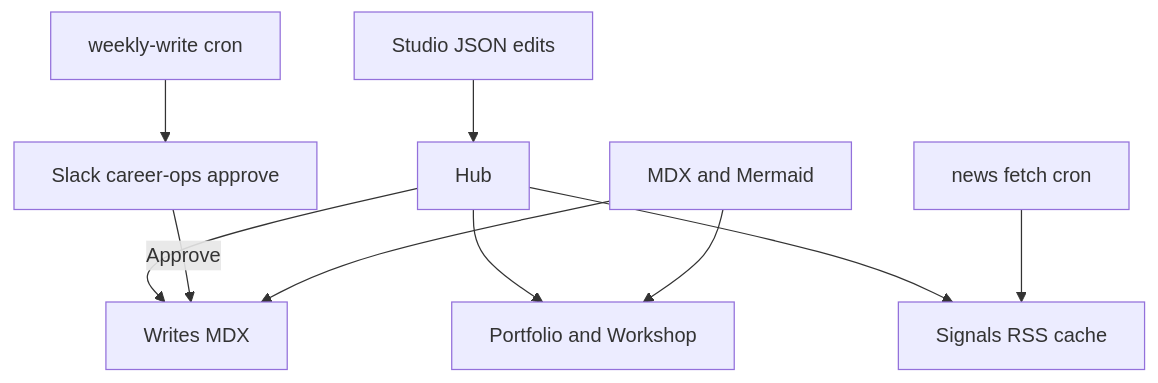
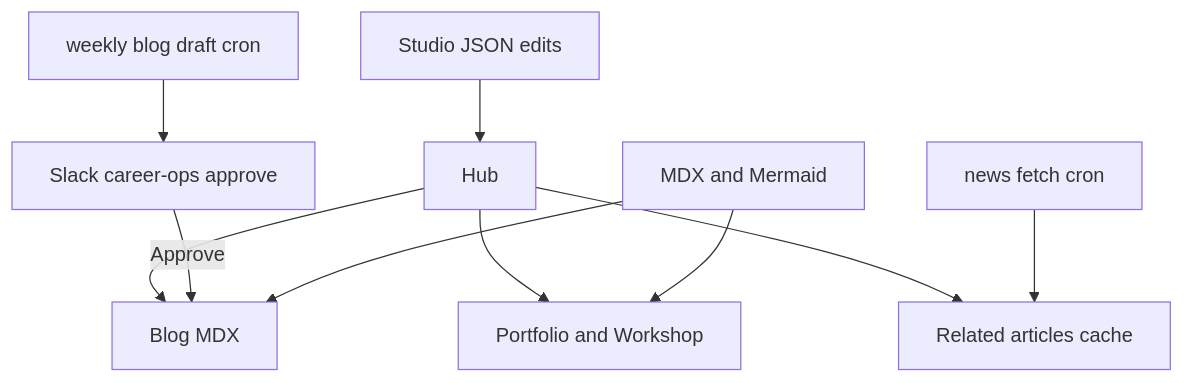
Before and after one commit to AlexTouvras/Orbit: the diagram in docs/architecture/system-overview.md, drawn with Mermaid. The commit also changed 34 other files, not shown here.

````diff
--- a/docs/architecture/system-overview.md
+++ b/docs/architecture/system-overview.md
@@ -3,12 +3,12 @@
 ```mermaid
 flowchart TB
-  Hub[Hub] --> Writes[Writes MDX]
+  Hub[Hub] --> Blog[Blog MDX]
   Hub --> Portfolio[Portfolio and Workshop]
-  Hub --> Radar[Signals RSS cache]
+  Hub --> Feed[Related articles cache]
   Studio[Studio JSON edits] --> Hub
-  Cron[news fetch cron] --> Radar
-  Weekly[weekly-write cron] --> Slack[Slack career-ops approve]
-  Slack -->|Approve| Writes
-  MDX[MDX and Mermaid] --> Writes
+  Cron[news fetch cron] --> Feed
+  Weekly[weekly blog draft cron] --> Slack[Slack career-ops approve]
+  Slack -->|Approve| Blog
+  MDX[MDX and Mermaid] --> Blog
   MDX --> Portfolio
 ```
````
